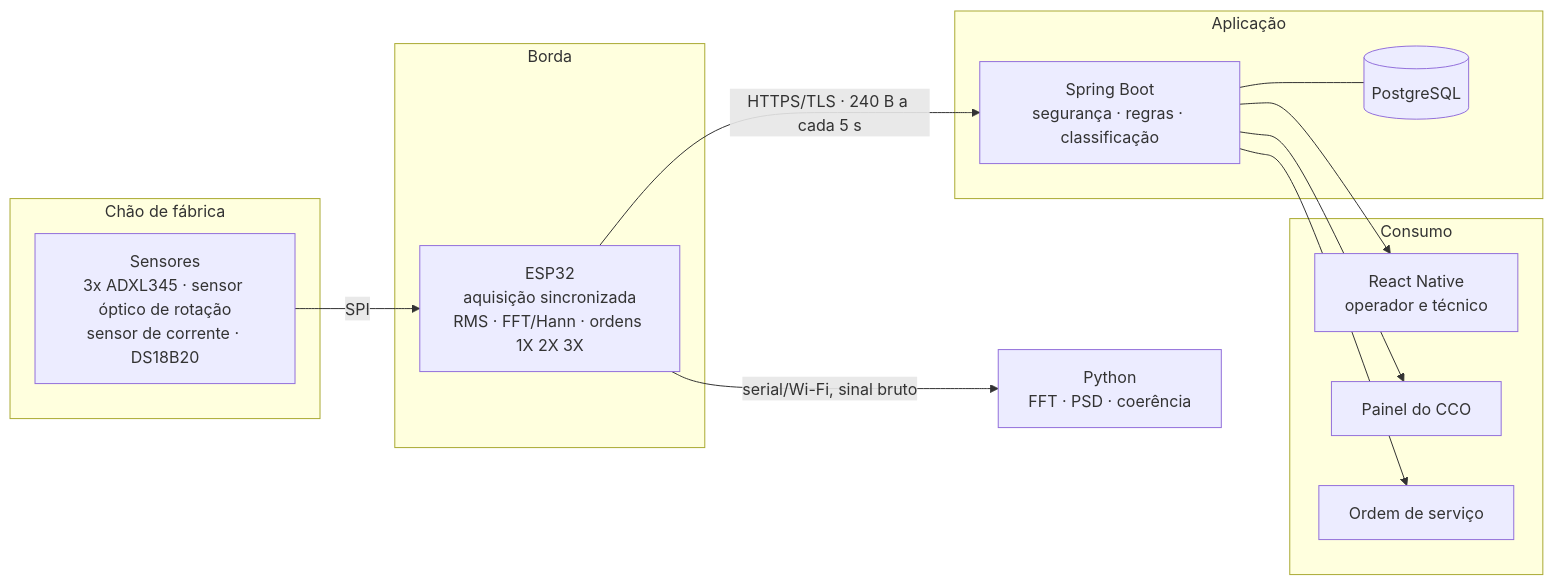
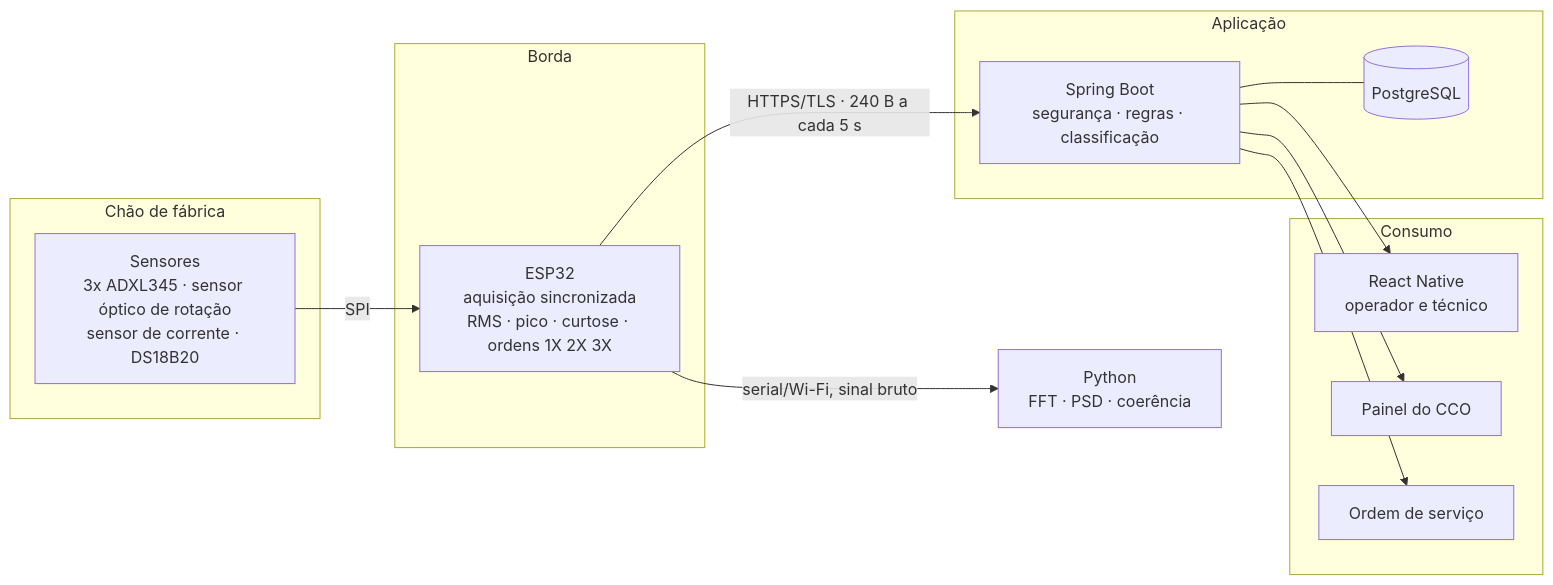
Before and after one commit to Leo5300/predictspin: the first of 2 diagrams in docs/arquitetura.md, drawn with Mermaid. The commit also changed other lines of this file and 2 other files, not shown here.

````diff
--- a/docs/arquitetura.md
+++ b/docs/arquitetura.md
@@ -9,27 +10,27 @@
 ```mermaid
 flowchart LR
     subgraph campo[Chão de fábrica]
         S[Sensores<br/>3x ADXL345 · sensor óptico de rotação<br/>sensor de corrente · DS18B20]
     end
     subgraph borda[Borda]
-        E[ESP32<br/>aquisição sincronizada<br/>RMS · FFT/Hann · ordens 1X 2X 3X]
+        E[ESP32<br/>aquisição sincronizada<br/>RMS · pico · curtose · ordens 1X 2X 3X]
     end
     subgraph aplicacao[Aplicação]
         API[Spring Boot<br/>segurança · regras · classificação]
         DB[(PostgreSQL)]
     end
     subgraph consumo[Consumo]
         APP[React Native<br/>operador e técnico]
         CCO[Painel do CCO]
         OS[Ordem de serviço]
     end
     PY[Python<br/>FFT · PSD · coerência]
 
     S -->|SPI| E
     E -->|serial/Wi-Fi, sinal bruto| PY
     E -->|HTTPS/TLS · 240 B a cada 5 s| API
     API --- DB
     API --> APP
     API --> CCO
     API --> OS
 ```
````
